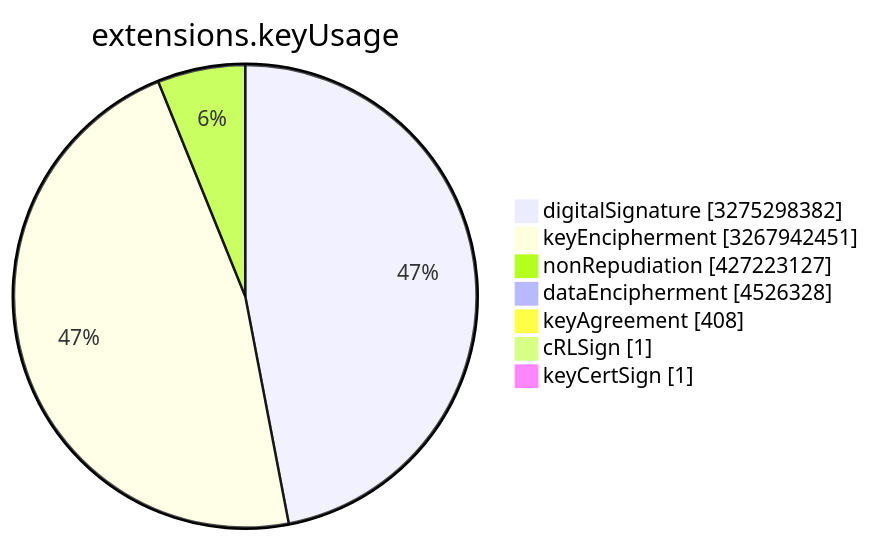
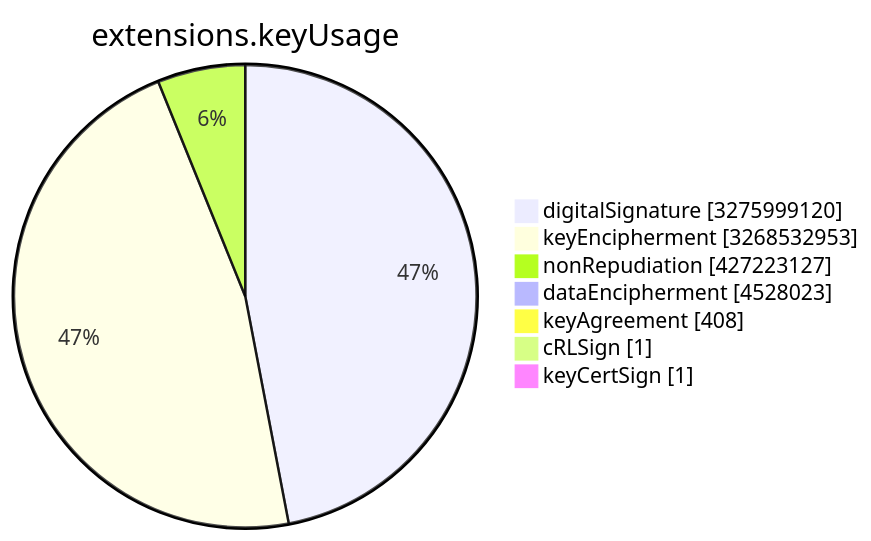
The sixth of 15 diagrams in TOTAL/README.md (christiankrug/ctmonitor_visualization), drawn with Mermaid before and after one commit. The commit also changed other lines of this file, not shown here.

````diff
--- a/TOTAL/README.md
+++ b/TOTAL/README.md
@@ -3078,11 +3078,11 @@
 ```mermaid
 pie showData
 title extensions.keyUsage
-"digitalSignature" :3275298382
-"keyEncipherment" :3267942451
+"digitalSignature" :3275999120
+"keyEncipherment" :3268532953
 "nonRepudiation" :427223127
-"dataEncipherment" :4526328
+"dataEncipherment" :4528023
 "keyAgreement" :408
 "cRLSign" :1
 "keyCertSign" :1
 ```
````
